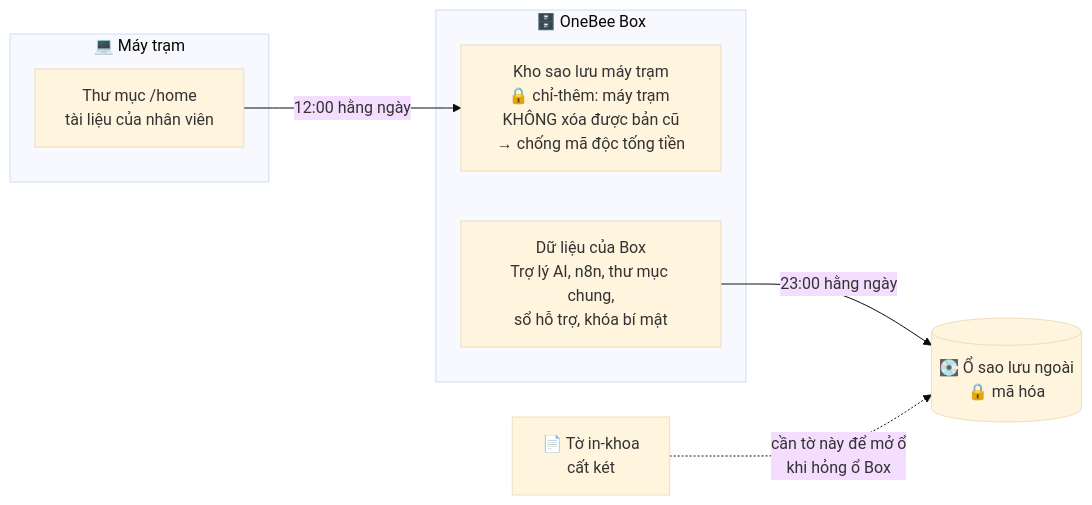
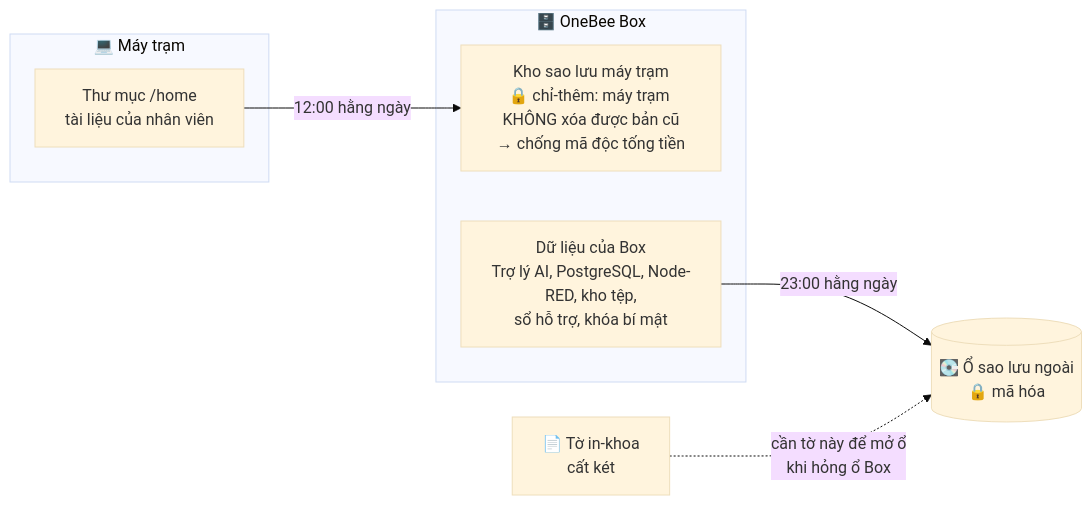
One commit to mthien07/da3-he-dieu-hanh-va-tu-dong-hoa-open-source changed the third of 4 diagrams in docs/huong-dan/huong-dan-cai-dat-tu-a-den-z.md. Above: the diagram before and after it, drawn with Mermaid (base theme). The commit also changed other lines of this file and 15 other files, not shown here.

Commit message:
docs(olp-2026): bo sung kien truc DX-OS, API, ROADMAP, CHANGELOG 1.3.0 va ho so PoF

````diff
--- a/docs/huong-dan/huong-dan-cai-dat-tu-a-den-z.md
+++ b/docs/huong-dan/huong-dan-cai-dat-tu-a-den-z.md
@@ -201,16 +197,16 @@
 ```mermaid
 flowchart LR
     subgraph M["💻 Máy trạm"]
         H["Thư mục /home<br/>tài liệu của nhân viên"]
     end
     subgraph BX["🗄️ OneBee Box"]
         K["Kho sao lưu máy trạm<br/>🔒 chỉ-thêm: máy trạm KHÔNG xóa được bản cũ<br/>→ chống mã độc tống tiền"]
-        D["Dữ liệu của Box<br/>Trợ lý AI, n8n, thư mục chung,<br/>sổ hỗ trợ, khóa bí mật"]
+        D["Dữ liệu của Box<br/>Trợ lý AI, PostgreSQL, Node-RED, kho tệp,<br/>sổ hỗ trợ, khóa bí mật"]
     end
     O[("💽 Ổ sao lưu ngoài<br/>🔒 mã hóa")]
     G["📄 Tờ in-khoa<br/>cất két"]
 
     H -- "12:00 hằng ngày" --> K
     D -- "23:00 hằng ngày" --> O
     G -. "cần tờ này để mở ổ<br/>khi hỏng ổ Box" .-> O
 ```
````
